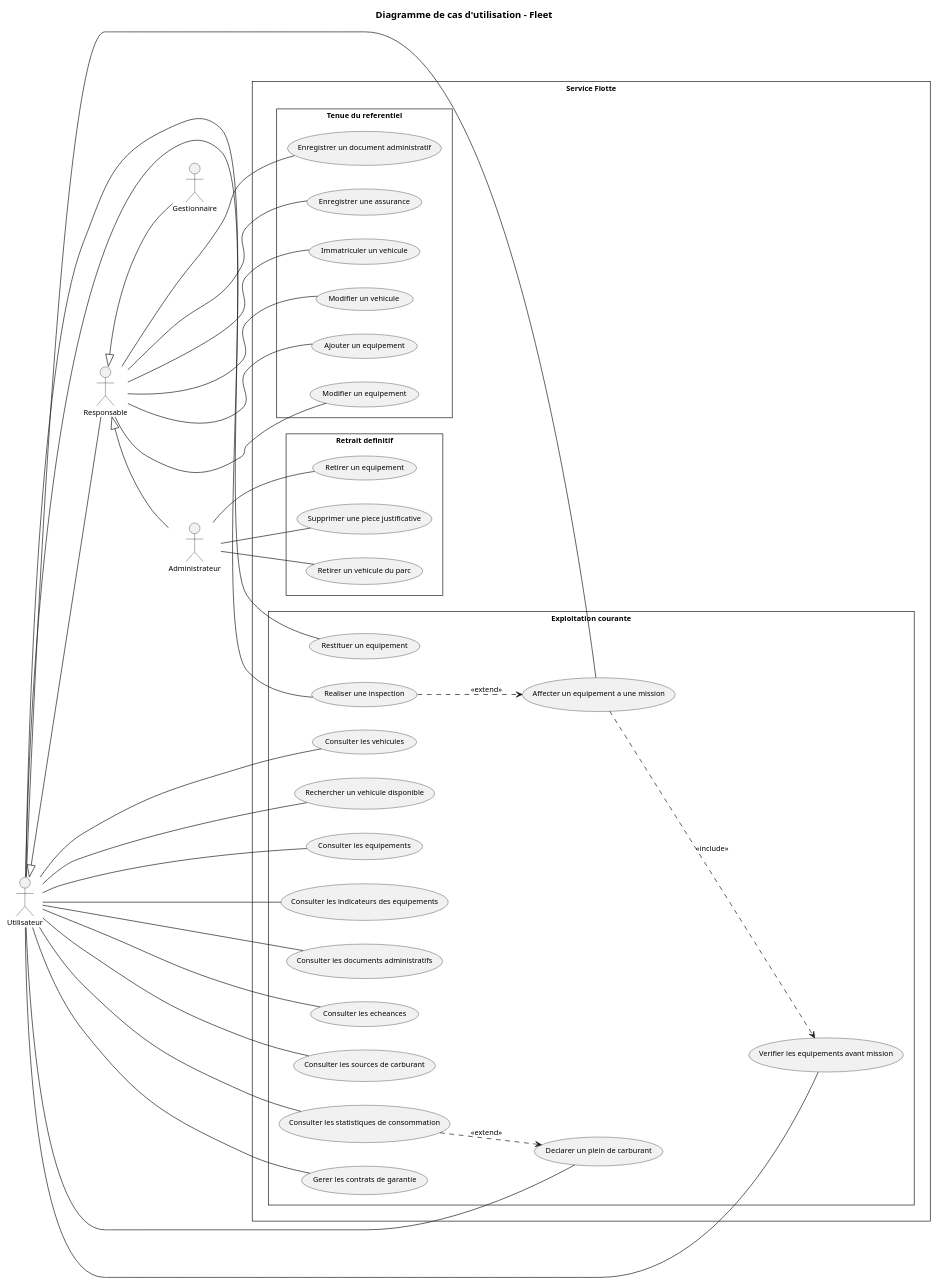
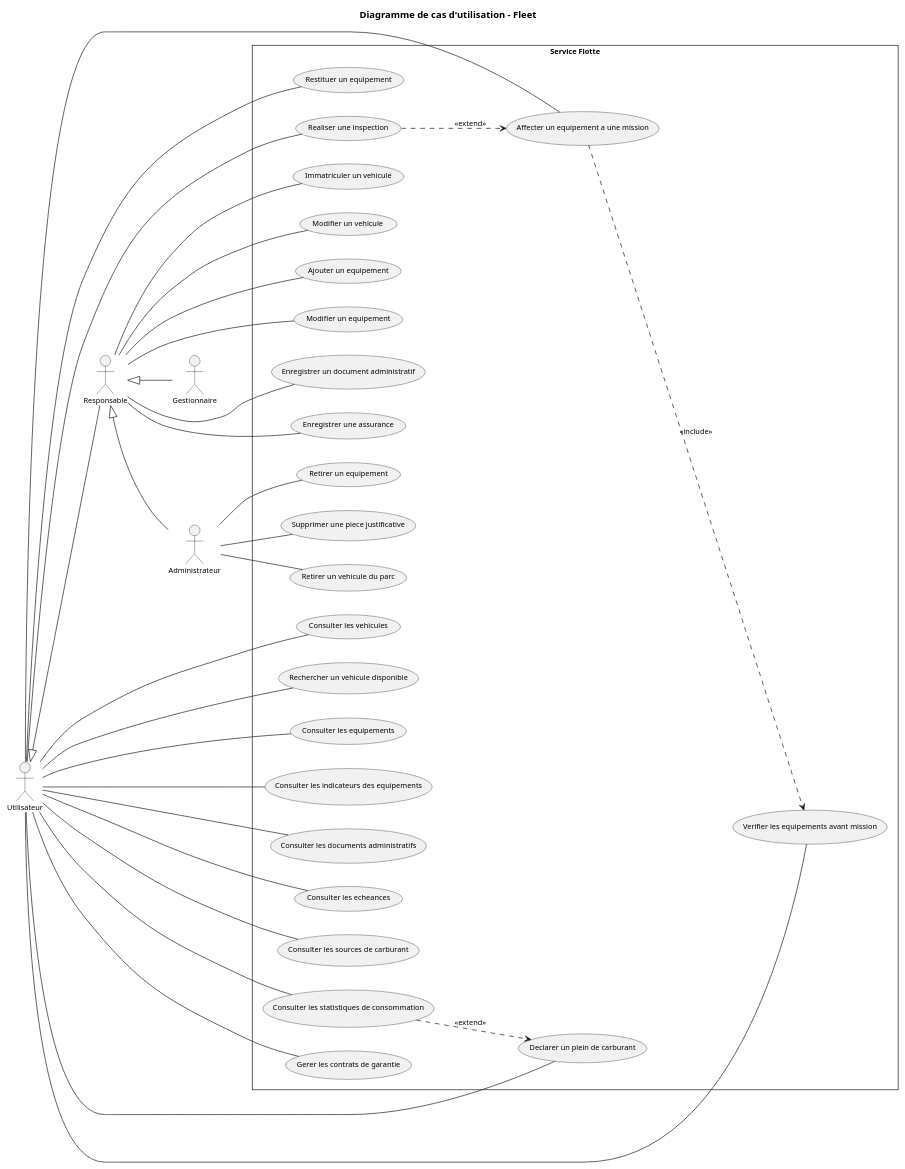
One commit to saber-barhoumi/Xpark-gmao changed the diagram in docs/diagrams/microservices/Fleet/Fleet-usecase.puml. Above: the diagram before and after it, drawn with PlantUML. The commit also changed 37 other files, not shown here.

```diff
--- a/docs/diagrams/microservices/Fleet/Fleet-usecase.puml
+++ b/docs/diagrams/microservices/Fleet/Fleet-usecase.puml
@@ -1,83 +1,77 @@
 @startuml
 skinparam style strictuml
 skinparam packageStyle rectangle
 skinparam shadowing false
 skinparam defaultFontName Verdana
 skinparam defaultFontSize 11
 skinparam backgroundColor #FFFFFF
 left to right direction
 
 title Diagramme de cas d'utilisation - Fleet
 
 ' Acteurs principaux (a gauche)
 actor "Utilisateur" as Utilisateur
 actor "Responsable" as Responsable
 actor "Administrateur" as Administrateur
 actor "Gestionnaire" as Gestionnaire
 
 Utilisateur <|-- Responsable
 Responsable <|-- Administrateur
 Responsable <|-- Gestionnaire
 
 rectangle "Service Flotte" {
-  package "Exploitation courante" {
-    usecase "Consulter les vehicules" as UC_Consulter_les_vehicules
-    usecase "Rechercher un vehicule disponible" as UC_Rechercher_un_vehicule_disponible
-    usecase "Consulter les equipements" as UC_Consulter_les_equipements
-    usecase "Consulter les indicateurs des equipements" as UC_Consulter_les_indicateurs_des_equi
-    usecase "Consulter les documents administratifs" as UC_Consulter_les_documents_administra
-    usecase "Consulter les echeances" as UC_Consulter_les_echeances
-    usecase "Consulter les sources de carburant" as UC_Consulter_les_sources_de_carburant
-    usecase "Consulter les statistiques de consommation" as UC_Consulter_les_statistiques_de_cons
-    usecase "Declarer un plein de carburant" as UC_Declarer_un_plein_de_carburant
-    usecase "Verifier les equipements avant mission" as UC_Verifier_les_equipements_avant_mis
-    usecase "Affecter un equipement a une mission" as UC_Affecter_un_equipement_a_une_missi
-    usecase "Restituer un equipement" as UC_Restituer_un_equipement
-    usecase "Realiser une inspection" as UC_Realiser_une_inspection
-    usecase "Gerer les contrats de garantie" as UC_Gerer_les_contrats_de_garantie
-  }
-  package "Tenue du referentiel" {
-    usecase "Immatriculer un vehicule" as UC_Immatriculer_un_vehicule
-    usecase "Modifier un vehicule" as UC_Modifier_un_vehicule
-    usecase "Ajouter un equipement" as UC_Ajouter_un_equipement
-    usecase "Modifier un equipement" as UC_Modifier_un_equipement
-    usecase "Enregistrer un document administratif" as UC_Enregistrer_un_document_administra
-    usecase "Enregistrer une assurance" as UC_Enregistrer_une_assurance
-  }
-  package "Retrait definitif" {
-    usecase "Retirer un vehicule du parc" as UC_Retirer_un_vehicule_du_parc
-    usecase "Retirer un equipement" as UC_Retirer_un_equipement
-    usecase "Supprimer une piece justificative" as UC_Supprimer_une_piece_justificative
-  }
+  usecase "Consulter les vehicules" as UC_Consulter_les_vehicules
+  usecase "Rechercher un vehicule disponible" as UC_Rechercher_un_vehicule_disponible
+  usecase "Consulter les equipements" as UC_Consulter_les_equipements
+  usecase "Consulter les indicateurs des equipements" as UC_Consulter_les_indicateurs_des_equi
+  usecase "Consulter les documents administratifs" as UC_Consulter_les_documents_administra
+  usecase "Consulter les echeances" as UC_Consulter_les_echeances
+  usecase "Consulter les sources de carburant" as UC_Consulter_les_sources_de_carburant
+  usecase "Consulter les statistiques de consommation" as UC_Consulter_les_statistiques_de_cons
+  usecase "Declarer un plein de carburant" as UC_Declarer_un_plein_de_carburant
+  usecase "Verifier les equipements avant mission" as UC_Verifier_les_equipements_avant_mis
+  usecase "Affecter un equipement a une mission" as UC_Affecter_un_equipement_a_une_missi
+  usecase "Restituer un equipement" as UC_Restituer_un_equipement
+  usecase "Realiser une inspection" as UC_Realiser_une_inspection
+  usecase "Gerer les contrats de garantie" as UC_Gerer_les_contrats_de_garantie
+  usecase "Immatriculer un vehicule" as UC_Immatriculer_un_vehicule
+  usecase "Modifier un vehicule" as UC_Modifier_un_vehicule
+  usecase "Ajouter un equipement" as UC_Ajouter_un_equipement
+  usecase "Modifier un equipement" as UC_Modifier_un_equipement
+  usecase "Enregistrer un document administratif" as UC_Enregistrer_un_document_administra
+  usecase "Enregistrer une assurance" as UC_Enregistrer_une_assurance
+  usecase "Retirer un vehicule du parc" as UC_Retirer_un_vehicule_du_parc
+  usecase "Retirer un equipement" as UC_Retirer_un_equipement
+  usecase "Supprimer une piece justificative" as UC_Supprimer_une_piece_justificative
 }
 
 ' Associations : trait continu sans fleche (UML : relation d'association)
 Utilisateur -- UC_Affecter_un_equipement_a_une_missi
 Utilisateur -- UC_Consulter_les_documents_administra
 Utilisateur -- UC_Consulter_les_echeances
 Utilisateur -- UC_Consulter_les_equipements
 Utilisateur -- UC_Consulter_les_indicateurs_des_equi
 Utilisateur -- UC_Consulter_les_sources_de_carburant
 Utilisateur -- UC_Consulter_les_statistiques_de_cons
 Utilisateur -- UC_Consulter_les_vehicules
 Utilisateur -- UC_Declarer_un_plein_de_carburant
 Utilisateur -- UC_Gerer_les_contrats_de_garantie
 Utilisateur -- UC_Realiser_une_inspection
 Utilisateur -- UC_Rechercher_un_vehicule_disponible
 Utilisateur -- UC_Restituer_un_equipement
 Utilisateur -- UC_Verifier_les_equipements_avant_mis
 Responsable -- UC_Ajouter_un_equipement
 Responsable -- UC_Enregistrer_un_document_administra
 Responsable -- UC_Enregistrer_une_assurance
 Responsable -- UC_Immatriculer_un_vehicule
 Responsable -- UC_Modifier_un_equipement
 Responsable -- UC_Modifier_un_vehicule
 Administrateur -- UC_Retirer_un_equipement
 Administrateur -- UC_Retirer_un_vehicule_du_parc
 Administrateur -- UC_Supprimer_une_piece_justificative
 
 UC_Affecter_un_equipement_a_une_missi ..> UC_Verifier_les_equipements_avant_mis : << include >>
 UC_Realiser_une_inspection ..> UC_Affecter_un_equipement_a_une_missi : << extend >>
 UC_Consulter_les_statistiques_de_cons ..> UC_Declarer_un_plein_de_carburant : << extend >>
 
 @enduml
```
